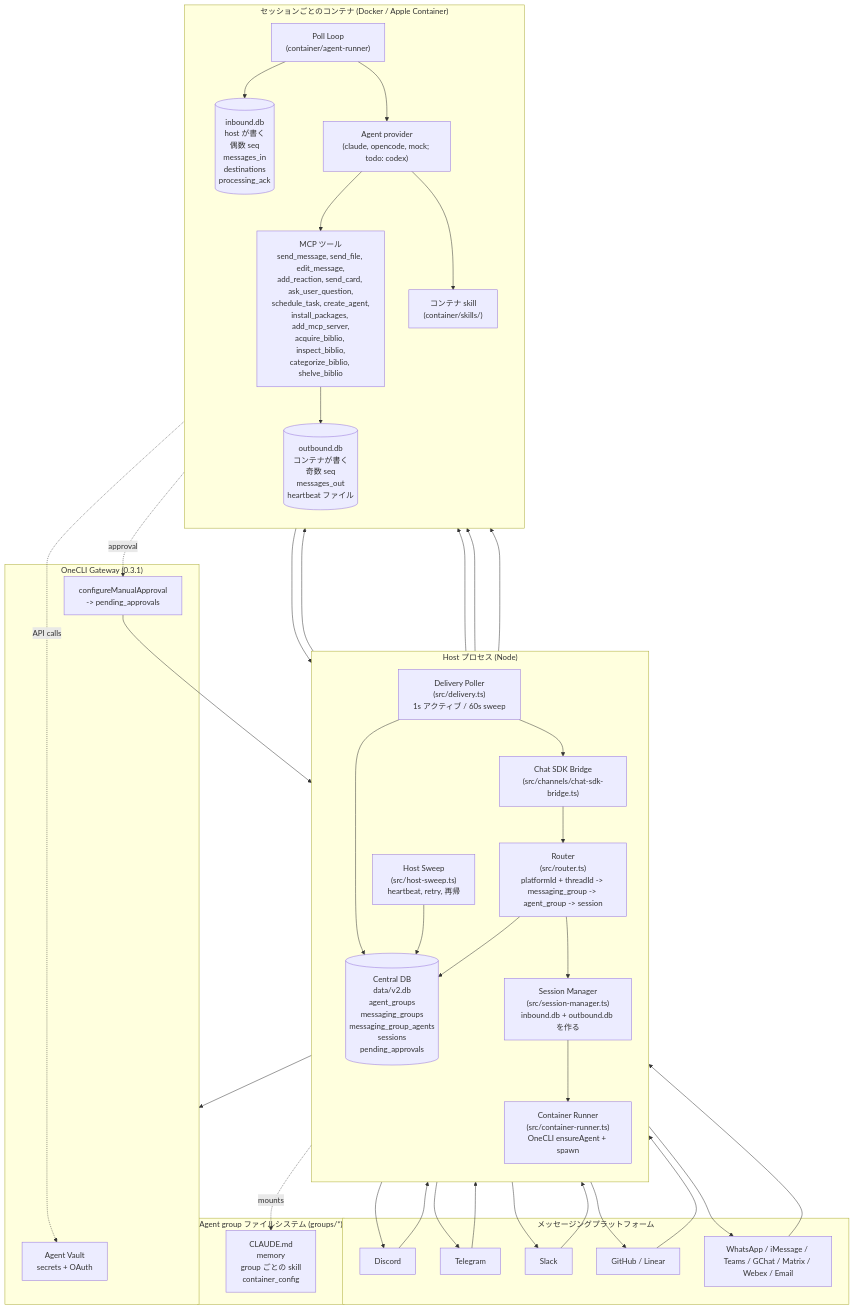
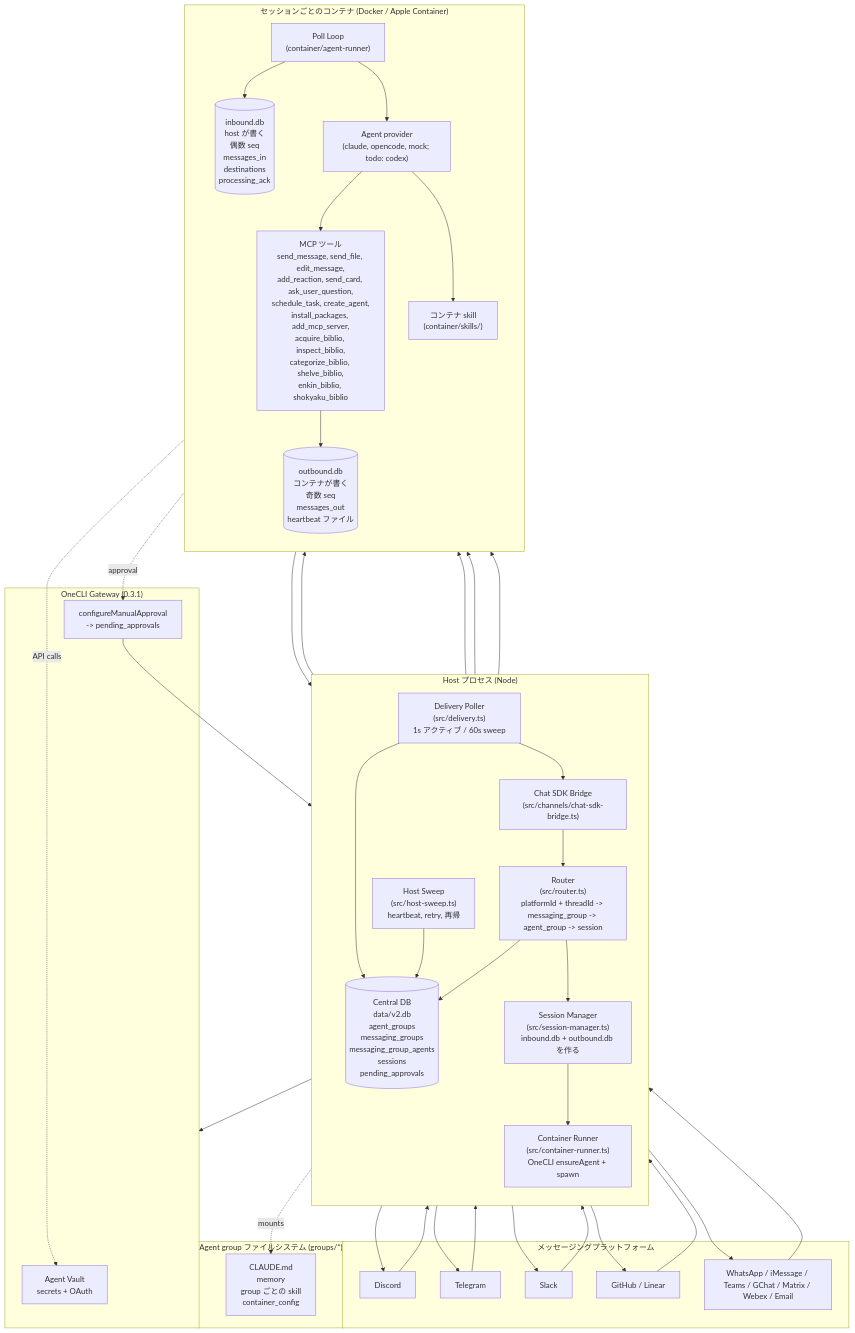
Before and after one commit to HajimariInc/biblio-claw: the first of 5 diagrams in docs/architecture-diagram.md, drawn with Mermaid. The commit also changed 13 other files, not shown here.

````diff
--- a/docs/architecture-diagram.md
+++ b/docs/architecture-diagram.md
@@ -5,65 +5,65 @@
 ```mermaid
 flowchart TB
   subgraph Platforms["メッセージングプラットフォーム"]
     P1[Discord]
     P2[Telegram]
     P3[Slack]
     P4[GitHub / Linear]
     P5[WhatsApp / iMessage / Teams / GChat / Matrix / Webex / Email]
   end
 
   subgraph Host["Host プロセス (Node)"]
     direction TB
     Bridge["Chat SDK Bridge<br/>(src/channels/chat-sdk-bridge.ts)"]
     Router["Router<br/>(src/router.ts)<br/>platformId + threadId -> messaging_group -> agent_group -> session"]
     SessMgr["Session Manager<br/>(src/session-manager.ts)<br/>inbound.db + outbound.db を作る"]
     Runner["Container Runner<br/>(src/container-runner.ts)<br/>OneCLI ensureAgent + spawn"]
     Delivery["Delivery Poller<br/>(src/delivery.ts)<br/>1s アクティブ / 60s sweep"]
     Sweep["Host Sweep<br/>(src/host-sweep.ts)<br/>heartbeat, retry, 再帰"]
     Central[("Central DB<br/>data/v2.db<br/>agent_groups<br/>messaging_groups<br/>messaging_group_agents<br/>sessions<br/>pending_approvals")]
   end
 
   subgraph OneCLI["OneCLI Gateway (0.3.1)"]
     Vault["Agent Vault<br/>secrets + OAuth"]
     Approvals["configureManualApproval<br/>-> pending_approvals"]
   end
 
   subgraph Session["セッションごとのコンテナ (Docker / Apple Container)"]
     direction TB
     PollLoop["Poll Loop<br/>(container/agent-runner)"]
     Provider["Agent provider<br/>(claude, opencode, mock; todo: codex)"]
-    MCP["MCP ツール<br/>send_message, send_file, edit_message,<br/>add_reaction, send_card, ask_user_question,<br/>schedule_task, create_agent,<br/>install_packages, add_mcp_server,<br/>acquire_biblio, inspect_biblio,<br/>categorize_biblio, shelve_biblio"]
+    MCP["MCP ツール<br/>send_message, send_file, edit_message,<br/>add_reaction, send_card, ask_user_question,<br/>schedule_task, create_agent,<br/>install_packages, add_mcp_server,<br/>acquire_biblio, inspect_biblio,<br/>categorize_biblio, shelve_biblio,<br/>enkin_biblio, shokyaku_biblio"]
     Skills["コンテナ skill<br/>(container/skills/)"]
     InDB[("inbound.db<br/>host が書く<br/>偶数 seq<br/>messages_in<br/>destinations<br/>processing_ack")]
     OutDB[("outbound.db<br/>コンテナが書く<br/>奇数 seq<br/>messages_out<br/>heartbeat ファイル")]
   end
 
   subgraph Groups["Agent group ファイルシステム (groups/*)"]
     Folder["CLAUDE.md<br/>memory<br/>group ごとの skill<br/>container_config"]
   end
 
   P1 & P2 & P3 & P4 & P5 --> Bridge
   Bridge --> Router
   Router --> Central
   Router --> SessMgr
   SessMgr --> InDB
   SessMgr --> Runner
   Runner --> OneCLI
   Runner --> PollLoop
   PollLoop --> InDB
   PollLoop --> Provider
   Provider --> MCP
   Provider --> Skills
   MCP --> OutDB
   OutDB --> Delivery
   Delivery --> Central
   Delivery --> Bridge
   Bridge --> P1 & P2 & P3 & P4 & P5
   Sweep --> InDB
   Sweep --> OutDB
   Sweep --> Central
   Runner -.mounts.-> Folder
   MCP -.approval.-> Approvals
   Approvals --> Central
   Provider -.API calls.-> Vault
 ```
````
